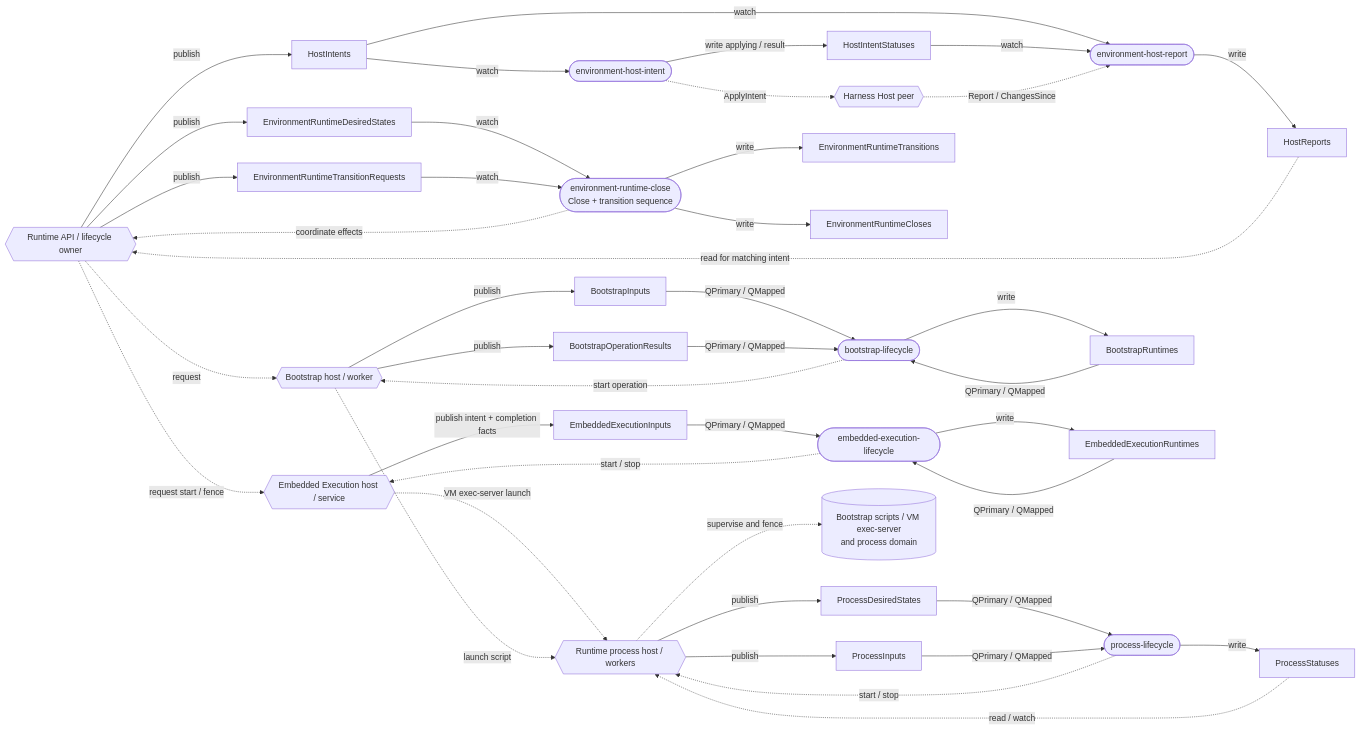
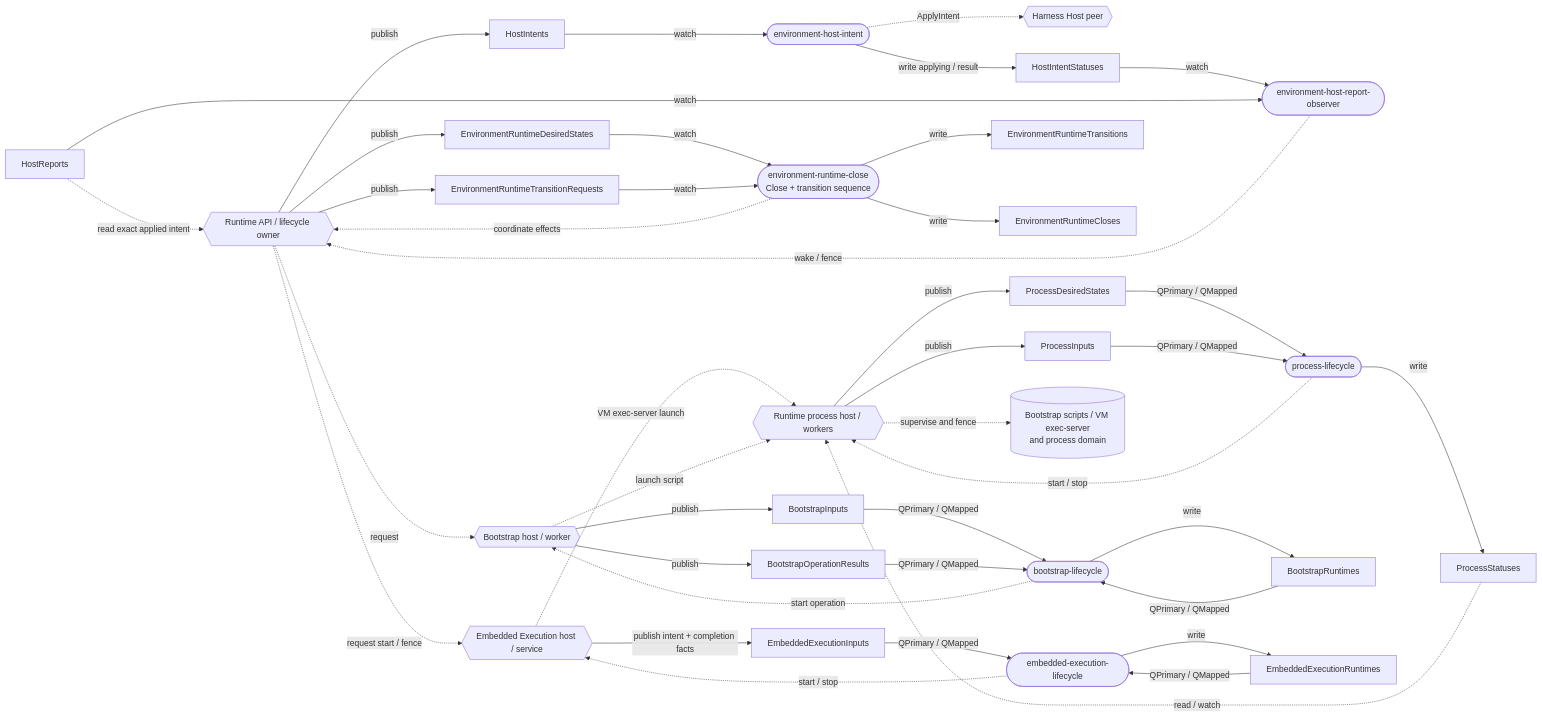
One commit to agentydragon/ducktape changed the first of 7 diagrams in agentplane/env/runtime/docs/cosi.md. Above: the diagram before and after it, drawn with Mermaid. The commit also changed other lines of this file and 16 other files, not shown here.

Commit message:
Move Host report publication into shared COSI state

````diff
--- a/agentplane/env/runtime/docs/cosi.md
+++ b/agentplane/env/runtime/docs/cosi.md
@@ -18,60 +18,59 @@
 ```mermaid
 flowchart LR
   API{{"Runtime API / lifecycle owner"}}
   Peer{{"Harness Host peer"}}
   BH{{"Bootstrap host / worker"}}
   PH{{"Runtime process host / workers"}}
   RC(["environment-runtime-close<br/>Close + transition sequence"])
   HI(["environment-host-intent"])
-  HR(["environment-host-report"])
+  HO(["environment-host-report-observer"])
   BC(["bootstrap-lifecycle"])
   PC(["process-lifecycle"])
   EC(["embedded-execution-lifecycle"])
   EH{{"Embedded Execution host / service"}}
   ED["EnvironmentRuntimeDesiredStates"]
   TR["EnvironmentRuntimeTransitionRequests"]
   TS["EnvironmentRuntimeTransitions"]
   CL["EnvironmentRuntimeCloses"]
   I["HostIntents"]
   IS["HostIntentStatuses"]
   R["HostReports"]
   BI["BootstrapInputs"]
   BO["BootstrapOperationResults"]
   BR["BootstrapRuntimes"]
   PD["ProcessDesiredStates"]
   PI["ProcessInputs"]
   PS["ProcessStatuses"]
   EI["EmbeddedExecutionInputs"]
   ER["EmbeddedExecutionRuntimes"]
   Native[("Bootstrap scripts / VM exec-server<br/>and process domain")]
 
   API -->|publish| ED & TR & I
   ED & TR -->|watch| RC
   RC -->|write| CL & TS
   RC -.->|coordinate effects| API
   API -.->|request start / fence| EH
   EH -->|publish intent + completion facts| EI
   EI & ER -->|QPrimary / QMapped| EC
   EC -->|write| ER
   EC -.->|start / stop| EH
   EH -.->|VM exec-server launch| PH
   I -->|watch| HI
   HI -->|write applying / result| IS
   HI -.->|ApplyIntent| Peer
-  I & IS -->|watch| HR
-  Peer -.->|Report / ChangesSince| HR
-  HR -->|write| R
-  R -.->|read for matching intent| API
+  IS & R -->|watch| HO
+  HO -.->|wake / fence| API
+  R -.->|read exact applied intent| API
   API -.->|request| BH
   BH -->|publish| BI & BO
   BI & BO & BR -->|QPrimary / QMapped| BC
   BC -->|write| BR
   BC -.->|start operation| BH
   BH -.->|launch script| PH
   PH -->|publish| PD & PI
   PD & PI -->|QPrimary / QMapped| PC
   PC -->|write| PS
   PC -.->|start / stop| PH
   PH -.->|supervise and fence| Native
   PS -.->|read / watch| PH
 ```
````
